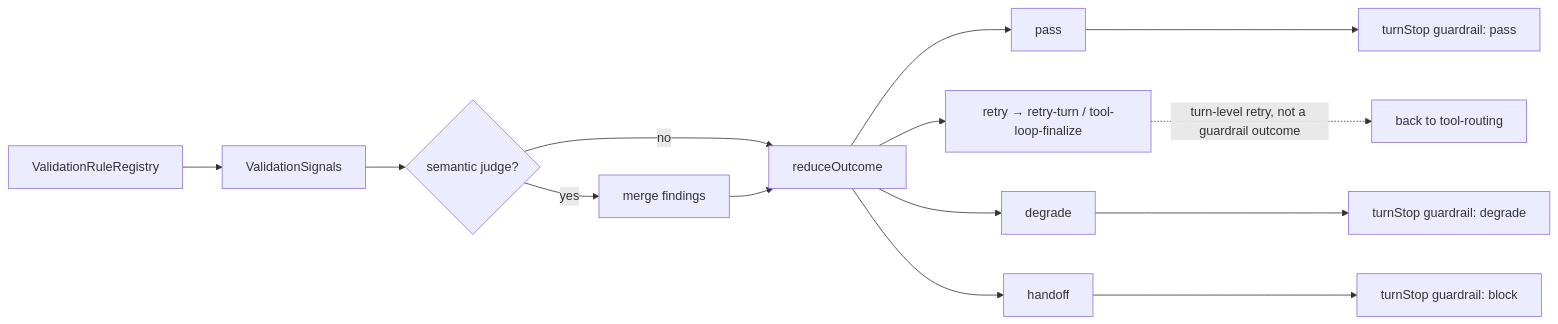
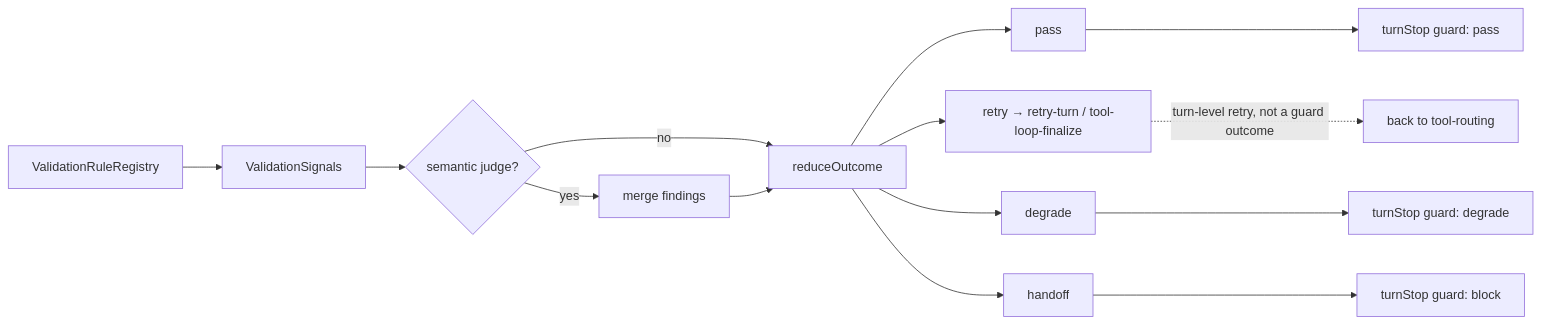
The seventh of 7 diagrams in docs/architecture/pipeline-phases.md (dangaogit/tachu), drawn with Mermaid before and after one commit. The commit also changed other lines of this file and 78 other files, not shown here.

````diff
--- a/docs/architecture/pipeline-phases.md
+++ b/docs/architecture/pipeline-phases.md
@@ -312,16 +312,16 @@
 ```mermaid
 flowchart LR
     Findings[ValidationRuleRegistry] --> Signals[ValidationSignals]
     Signals --> Judge{semantic judge?}
     Judge -->|yes| Merge[merge findings]
     Judge -->|no| Reduce
     Merge --> Reduce[reduceOutcome]
     Reduce --> Pass[pass]
     Reduce --> Retry[retry → retry-turn / tool-loop-finalize]
     Reduce --> Degrade[degrade]
     Reduce --> Handoff[handoff]
-    Pass --> Guard[turnStop guardrail: pass]
-    Degrade --> GuardD[turnStop guardrail: degrade]
-    Handoff --> GuardB[turnStop guardrail: block]
-    Retry -.turn-level retry, not a guardrail outcome.-> RetryLoop[back to tool-routing]
+    Pass --> Guard[turnStop guard: pass]
+    Degrade --> GuardD[turnStop guard: degrade]
+    Handoff --> GuardB[turnStop guard: block]
+    Retry -.turn-level retry, not a guard outcome.-> RetryLoop[back to tool-routing]
 ```
````
